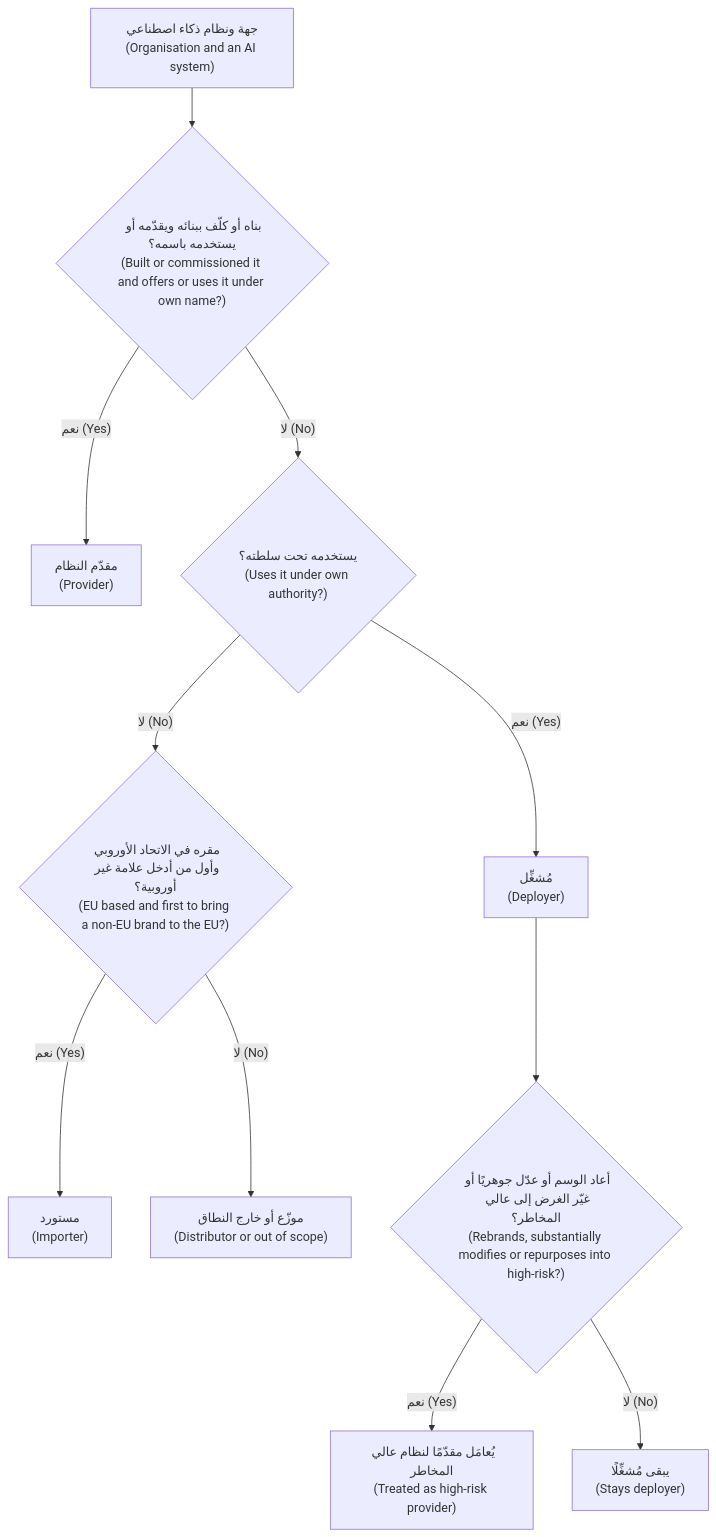
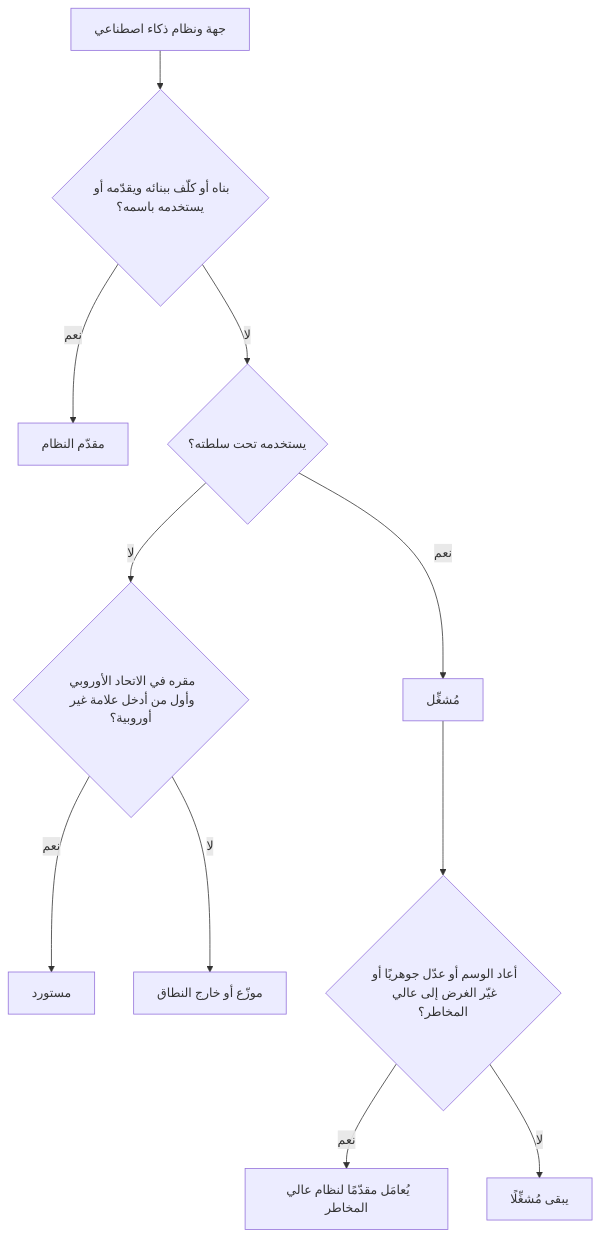
One commit to Tamoura/system-design-for-vibe-coders changed the first of 2 diagrams in aigp/modules/06-eu-ai-act.ar.md. Above: the diagram before and after it, drawn with Mermaid. The commit also changed other lines of this file and 551 other files, not shown here.

````diff
--- a/aigp/modules/06-eu-ai-act.ar.md
+++ b/aigp/modules/06-eu-ai-act.ar.md
@@ -106,13 +106,13 @@
 ```mermaid
 flowchart TD
-  A["جهة ونظام ذكاء اصطناعي<br/>(Organisation and an AI system)"] --> B{"بناه أو كلّف ببنائه ويقدّمه أو يستخدمه باسمه؟<br/>(Built or commissioned it and offers or uses it under own name?)"}
-  B -- "نعم (Yes)" --> P["مقدّم النظام<br/>(Provider)"]
-  B -- "لا (No)" --> C{"يستخدمه تحت سلطته؟<br/>(Uses it under own authority?)"}
-  C -- "نعم (Yes)" --> D["مُشغِّل<br/>(Deployer)"]
-  C -- "لا (No)" --> E{"مقره في الاتحاد الأوروبي وأول من أدخل علامة غير أوروبية؟<br/>(EU based and first to bring a non-EU brand to the EU?)"}
-  E -- "نعم (Yes)" --> I["مستورد<br/>(Importer)"]
-  E -- "لا (No)" --> F["موزّع أو خارج النطاق<br/>(Distributor or out of scope)"]
-  D --> G{"أعاد الوسم أو عدّل جوهريًا أو غيّر الغرض إلى عالي المخاطر؟<br/>(Rebrands, substantially modifies or repurposes into high-risk?)"}
-  G -- "نعم (Yes)" --> P2["يُعامَل مقدّمًا لنظام عالي المخاطر<br/>(Treated as high-risk provider)"]
-  G -- "لا (No)" --> D2["يبقى مُشغِّلًا<br/>(Stays deployer)"]
+  A["جهة ونظام ذكاء اصطناعي"] --> B{"بناه أو كلّف ببنائه ويقدّمه أو يستخدمه باسمه؟"}
+  B -- "نعم" --> P["مقدّم النظام"]
+  B -- "لا" --> C{"يستخدمه تحت سلطته؟"}
+  C -- "نعم" --> D["مُشغِّل"]
+  C -- "لا" --> E{"مقره في الاتحاد الأوروبي وأول من أدخل علامة غير أوروبية؟"}
+  E -- "نعم" --> I["مستورد"]
+  E -- "لا" --> F["موزّع أو خارج النطاق"]
+  D --> G{"أعاد الوسم أو عدّل جوهريًا أو غيّر الغرض إلى عالي المخاطر؟"}
+  G -- "نعم" --> P2["يُعامَل مقدّمًا لنظام عالي المخاطر"]
+  G -- "لا" --> D2["يبقى مُشغِّلًا"]
 ```
````
